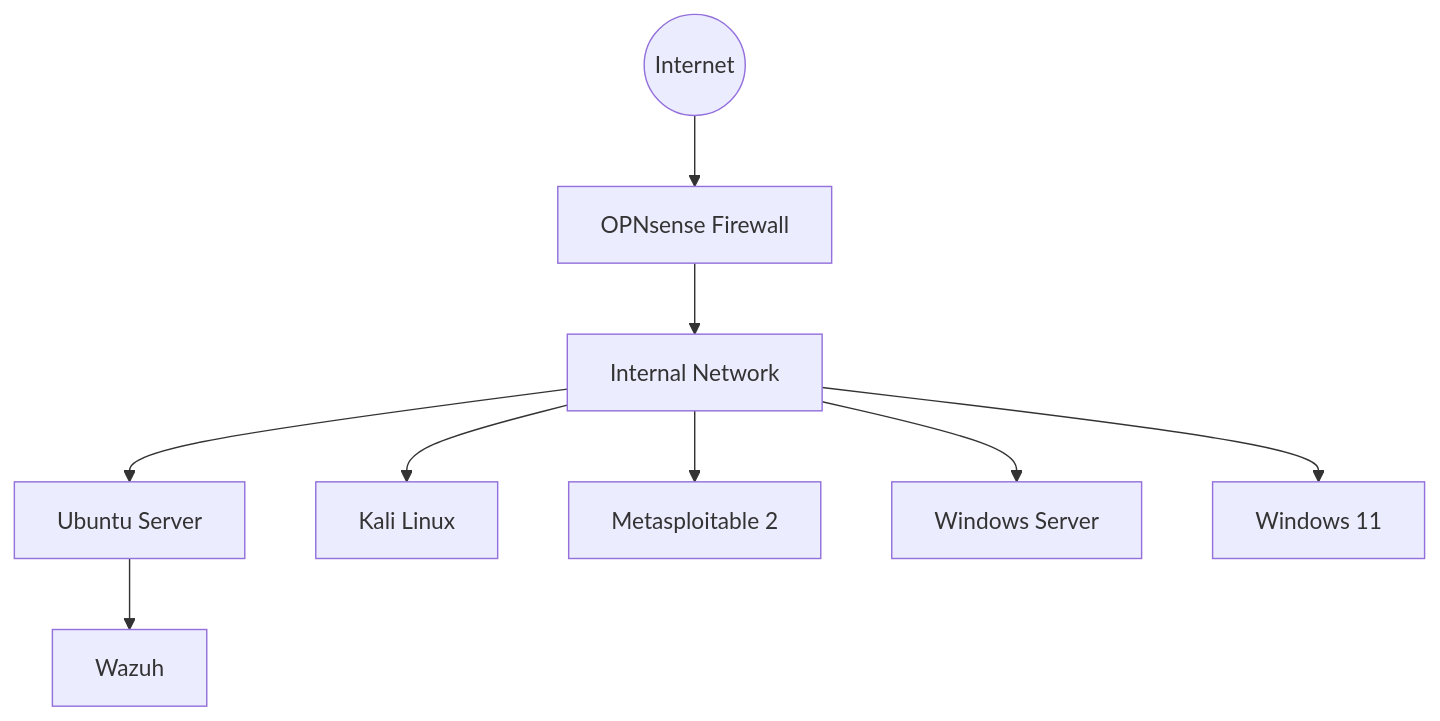
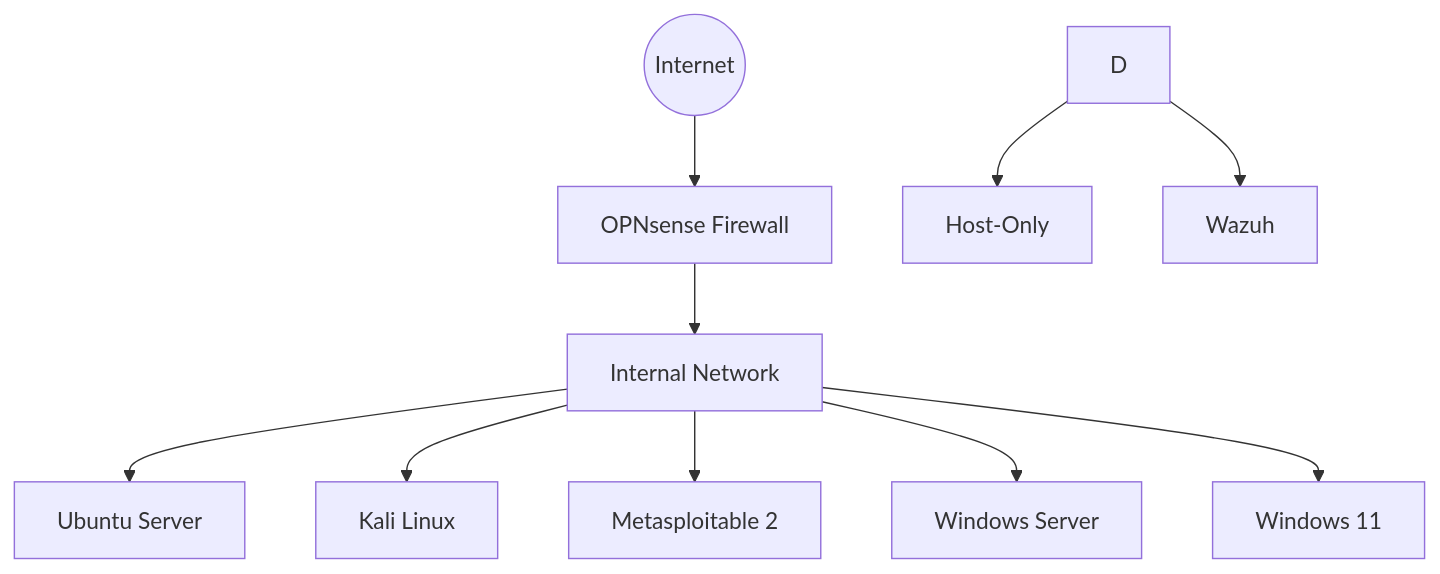
Before and after one commit to Nirus07/home-lab: the diagram in README.md, drawn with Mermaid.

Commit message:
Revise network flowchart in README
Updated the flowchart in the README to reflect changes in the network topology.

````diff
--- a/README.md
+++ b/README.md
@@ -7,13 +7,14 @@
 ```mermaid
 flowchart TD
     A((Internet)) --> B[OPNsense Firewall]
     B --> C[Internal Network]
+    D --> E[Host-Only]
 
-    C --> D[Ubuntu Server]
-    C --> E[Kali Linux]
-    C --> F[Metasploitable 2]
-    C --> G[Windows Server]
-    C --> H[Windows 11]
+    C --> F[Ubuntu Server]
+    C --> G[Kali Linux]
+    C --> H[Metasploitable 2]
+    C --> I[Windows Server]
+    C --> J[Windows 11]
 
-    D --> J[Wazuh]
+    D --> K[Wazuh]
 ```
````
